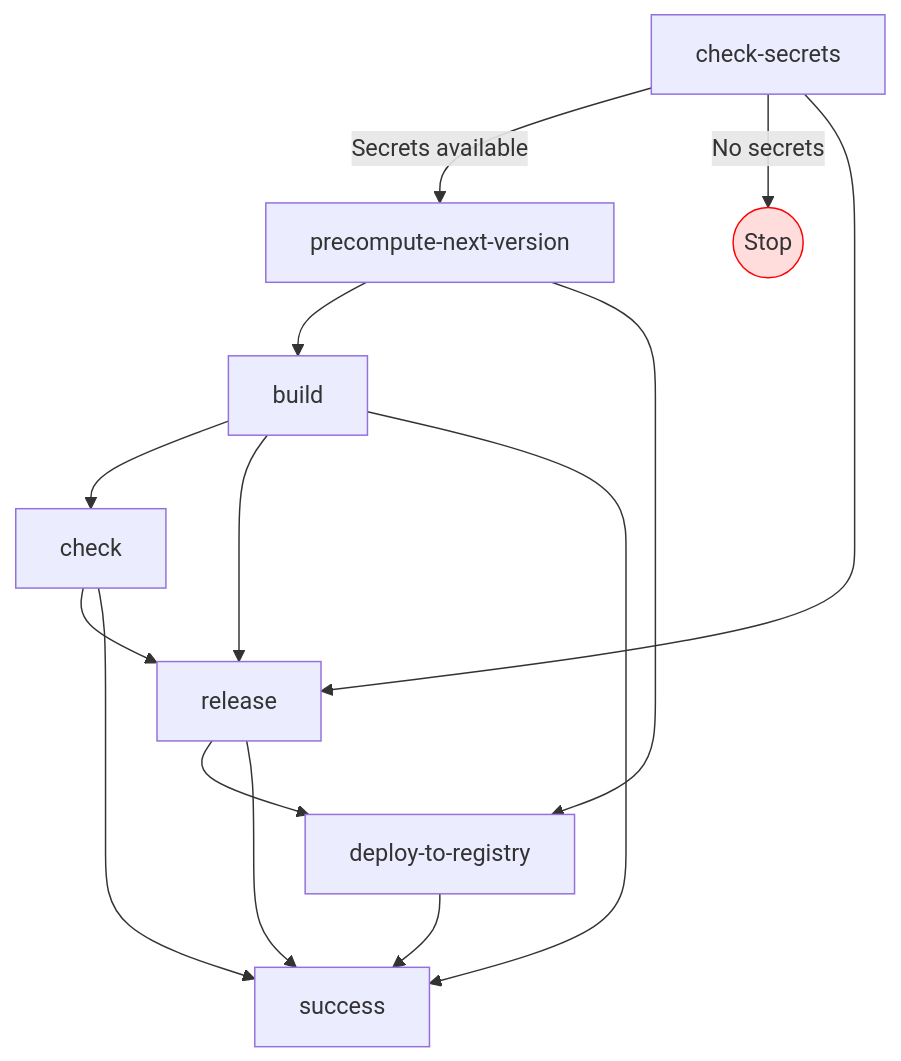
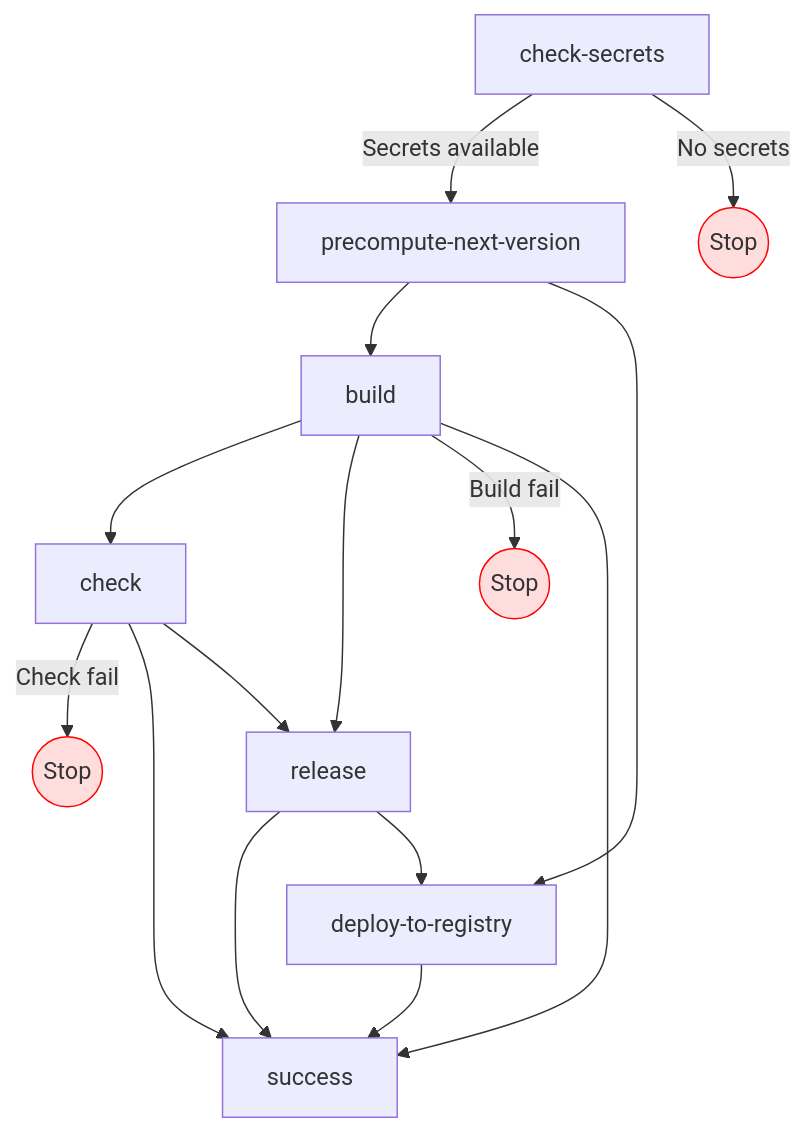
One commit to mini-roostico/subjekt-doc changed the third of 3 diagrams in Writerside/topics/DevOps.md. Above: the diagram before and after it, drawn with Mermaid. The commit also changed other lines of this file, not shown here.

````diff
--- a/Writerside/topics/DevOps.md
+++ b/Writerside/topics/DevOps.md
@@ -57,19 +88,23 @@
 ```mermaid
 graph TD;
   check-secrets -->|Secrets available| precompute-next-version;
   check-secrets -->|No secrets| stop1((Stop));
   
   precompute-next-version --> build;
   build --> check;
-  check --> release;
+  
   build --> release;
-  check-secrets --> release;
-  release --> deploy-to-registry;
+  build --> |Build fail| stop2((Stop));
   precompute-next-version --> deploy-to-registry;
   deploy-to-registry --> success;
   build --> success;
+  check --> |Check fail| stop3((Stop));
   check --> success;
+  check --> release;
   release --> success;
+  release --> deploy-to-registry;
   
   style stop1 fill:#fdd,stroke:#f00;
+  style stop2 fill:#fdd,stroke:#f00;
+  style stop3 fill:#fdd,stroke:#f00;
 ```
````
